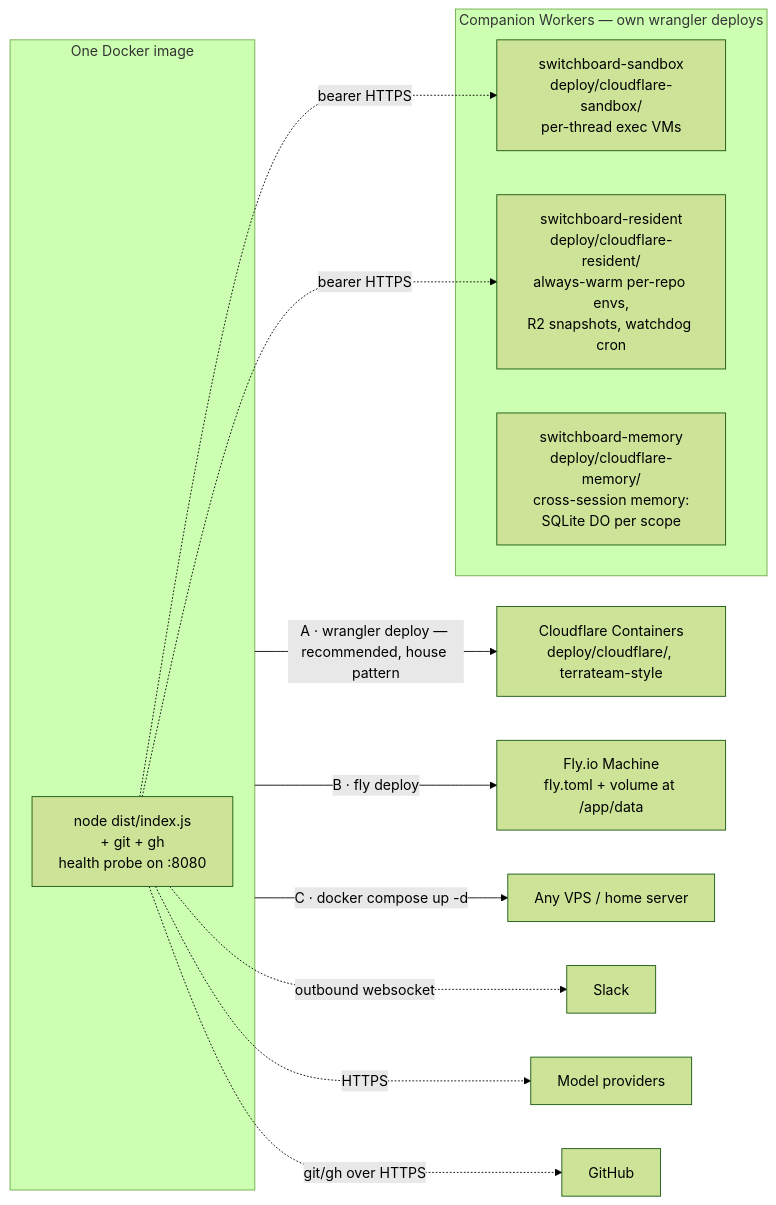
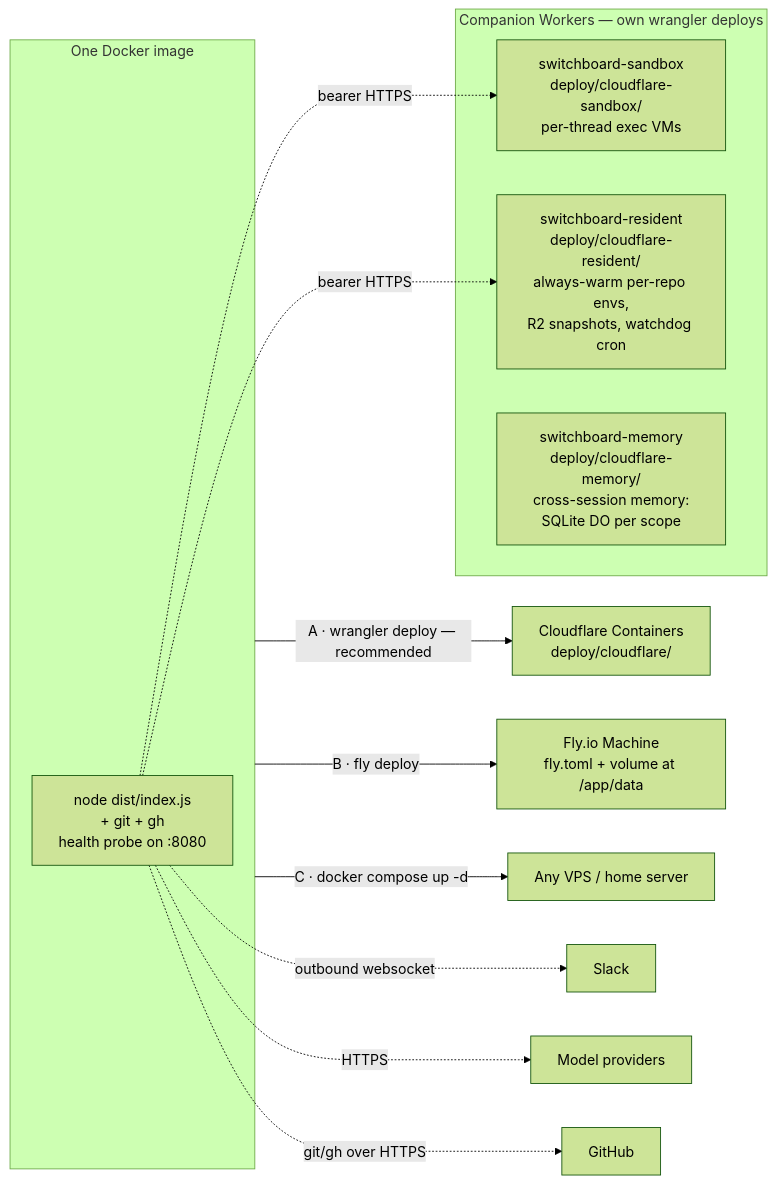
The fourth of 4 diagrams in README.md (coreplanelabs/switchboard), drawn with Mermaid (forest theme) before and after one commit. The commit also changed other lines of this file and 42 other files, not shown here.

````diff
--- a/README.md
+++ b/README.md
@@ -165,18 +163,18 @@
 ```mermaid
 flowchart LR
     subgraph img ["One Docker image"]
         P["node dist/index.js<br/>+ git + gh<br/>health probe on :8080"]
     end
-    img -->|A · wrangler deploy — recommended, house pattern| CF["Cloudflare Containers<br/>deploy/cloudflare/, terrateam-style"]
+    img -->|A · wrangler deploy — recommended| CF["Cloudflare Containers<br/>deploy/cloudflare/"]
     img -->|B · fly deploy| FLY["Fly.io Machine<br/>fly.toml + volume at /app/data"]
     img -->|C · docker compose up -d| VPS["Any VPS / home server"]
     subgraph companions ["Companion Workers — own wrangler deploys"]
         SBW["switchboard-sandbox<br/>deploy/cloudflare-sandbox/<br/>per-thread exec VMs"]
         RSW["switchboard-resident<br/>deploy/cloudflare-resident/<br/>always-warm per-repo envs,<br/>R2 snapshots, watchdog cron"]
         MW["switchboard-memory<br/>deploy/cloudflare-memory/<br/>cross-session memory:<br/>SQLite DO per scope"]
     end
     P -.->|outbound websocket| SLK["Slack"]
     P -.->|HTTPS| PRV["Model providers"]
     P -.->|git/gh over HTTPS| GH["GitHub"]
     P -.->|bearer HTTPS| SBW & RSW
 ```
````
